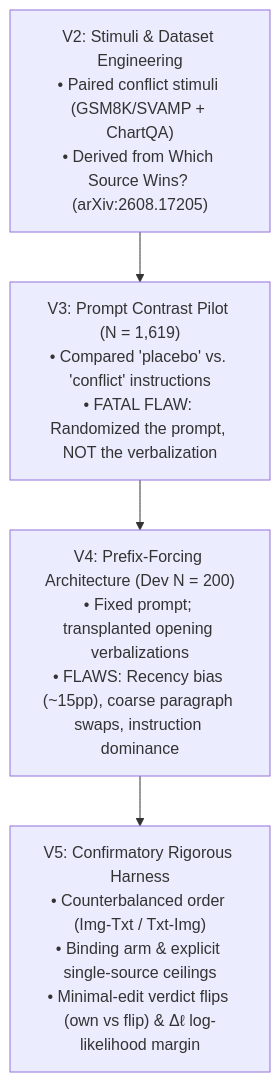
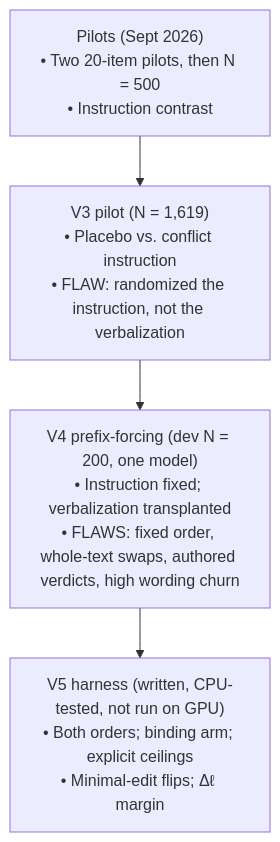
The second of 3 diagrams in Causal Conflict Verbalization and Source Arbitration/Thesis/docs/Understanding/Thesis Understanding FAQ (Gemini 3.8 Flash).md (Mohammad-Zahed-Hossen/Thesis), drawn with Mermaid before and after one commit. The commit also changed other lines of this file and 11 other files, not shown here.

````diff
--- a/Causal Conflict Verbalization and Source Arbitration/Thesis/docs/Understanding/Thesis Understanding FAQ (Gemini 3.8 Flash).md
+++ b/Causal Conflict Verbalization and Source Arbitration/Thesis/docs/Understanding/Thesis Understanding FAQ (Gemini 3.8 Flash).md
@@ -168,9 +155,9 @@
 ```mermaid
 flowchart TD
-    V2["V2: Stimuli & Dataset Engineering<br>• Paired conflict stimuli (GSM8K/SVAMP + ChartQA)<br>• Derived from Which Source Wins? (arXiv:2608.17205)"]
-    V3["V3: Prompt Contrast Pilot (N = 1,619)<br>• Compared 'placebo' vs. 'conflict' instructions<br>• FATAL FLAW: Randomized the prompt, NOT the verbalization"]
-    V4["V4: Prefix-Forcing Architecture (Dev N = 200)<br>• Fixed prompt; transplanted opening verbalizations<br>• FLAWS: Recency bias (~15pp), coarse paragraph swaps, instruction dominance"]
-    V5["V5: Confirmatory Rigorous Harness<br>• Counterbalanced order (Img-Txt / Txt-Img)<br>• Binding arm & explicit single-source ceilings<br>• Minimal-edit verdict flips (own vs flip) & Δℓ log-likelihood margin"]
+    P["Pilots (Sept 2026)<br>• Two 20-item pilots, then N = 500<br>• Instruction contrast"]
+    V3["V3 pilot (N = 1,619)<br>• Placebo vs. conflict instruction<br>• FLAW: randomized the instruction, not the verbalization"]
+    V4["V4 prefix-forcing (dev N = 200, one model)<br>• Instruction fixed; verbalization transplanted<br>• FLAWS: fixed order, whole-text swaps, authored verdicts, high wording churn"]
+    V5["V5 harness (written, CPU-tested, not run on GPU)<br>• Both orders; binding arm; explicit ceilings<br>• Minimal-edit flips; Δℓ margin"]
 
-    V2 --> V3 --> V4 --> V5
+    P --> V3 --> V4 --> V5
 ```
````
